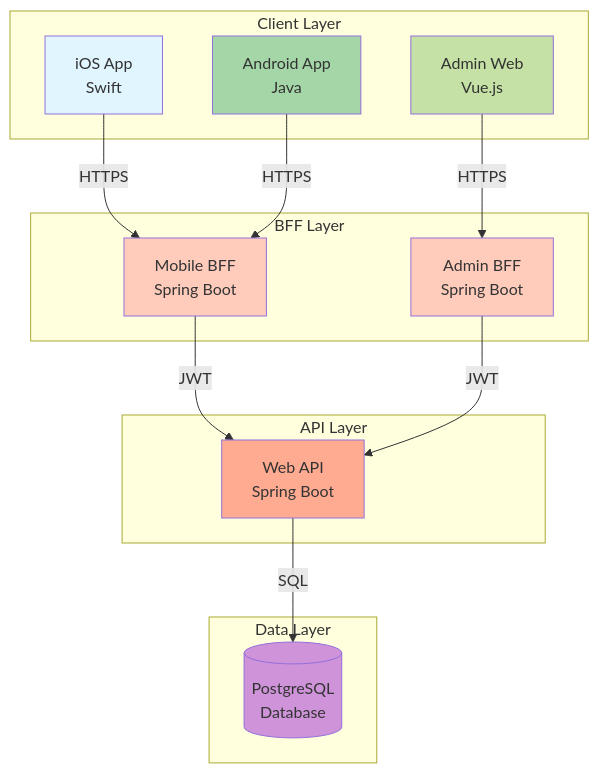
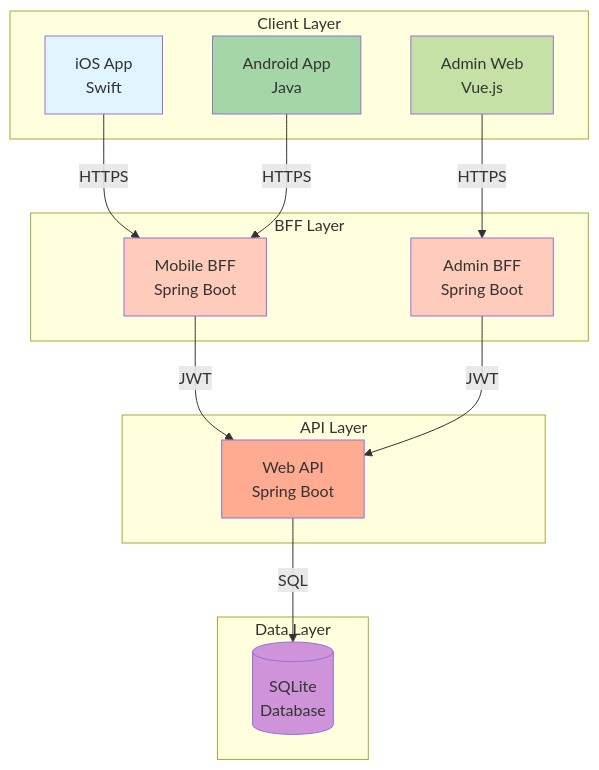
One commit to Takas0522/ws-demo-mobile-app changed the first of 2 diagrams in docs/specs/mobile-app-system/00-overview.md. Above: the diagram before and after it, drawn with Mermaid. The commit also changed other lines of this file and 42 other files, not shown here.

First line of the commit message:
docs: update all PostgreSQL references to SQLite

````diff
--- a/docs/specs/mobile-app-system/00-overview.md
+++ b/docs/specs/mobile-app-system/00-overview.md
@@ -48,36 +48,36 @@
 ```mermaid
 graph TB
     subgraph "Client Layer"
         iOS[iOS App<br/>Swift]
         Android[Android App<br/>Java]
         AdminWeb[Admin Web<br/>Vue.js]
     end
     
     subgraph "BFF Layer"
         MobileBFF[Mobile BFF<br/>Spring Boot]
         AdminBFF[Admin BFF<br/>Spring Boot]
     end
     
     subgraph "API Layer"
         WebAPI[Web API<br/>Spring Boot]
     end
     
     subgraph "Data Layer"
-        PostgreSQL[(PostgreSQL<br/>Database)]
+        SQLite[(SQLite<br/>Database)]
     end
     
     iOS -->|HTTPS| MobileBFF
     Android -->|HTTPS| MobileBFF
     AdminWeb -->|HTTPS| AdminBFF
     MobileBFF -->|JWT| WebAPI
     AdminBFF -->|JWT| WebAPI
-    WebAPI -->|SQL| PostgreSQL
+    WebAPI -->|SQL| SQLite
     
     style iOS fill:#e1f5ff
     style Android fill:#a5d6a7
     style AdminWeb fill:#c5e1a5
     style MobileBFF fill:#ffccbc
     style AdminBFF fill:#ffccbc
     style WebAPI fill:#ffab91
-    style PostgreSQL fill:#ce93d8
+    style SQLite fill:#ce93d8
 ```
````
